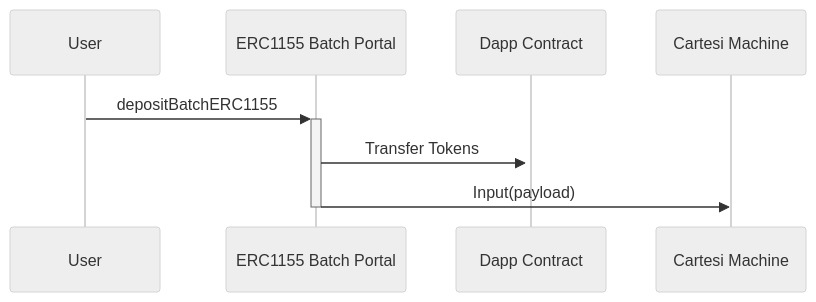
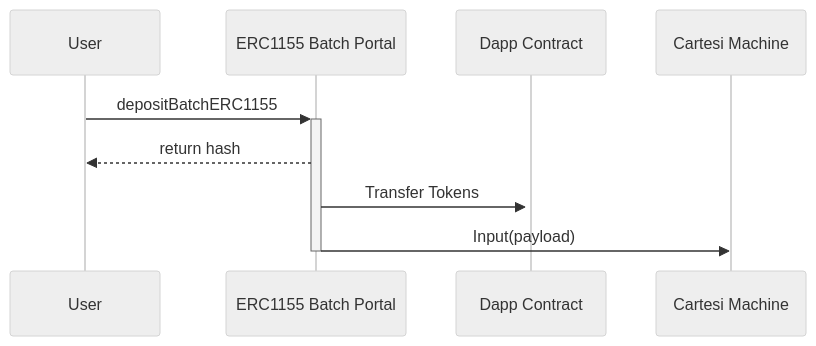
One commit to doiim/tikua changed the ninth of 9 diagrams in README.md. Above: the diagram before and after it, drawn with Mermaid (neutral theme). The commit also changed other lines of this file and 1 other file, not shown here.

````diff
--- a/README.md
+++ b/README.md
@@ -261,6 +325,7 @@
 ```mermaid
 sequenceDiagram
     User->>+ERC1155 Batch Portal: depositBatchERC1155
+    ERC1155 Batch Portal-->>User: return hash
     ERC1155 Batch Portal->>+Dapp Contract: Transfer Tokens
     ERC1155 Batch Portal->>-Cartesi Machine: Input(payload)
 ```
````
